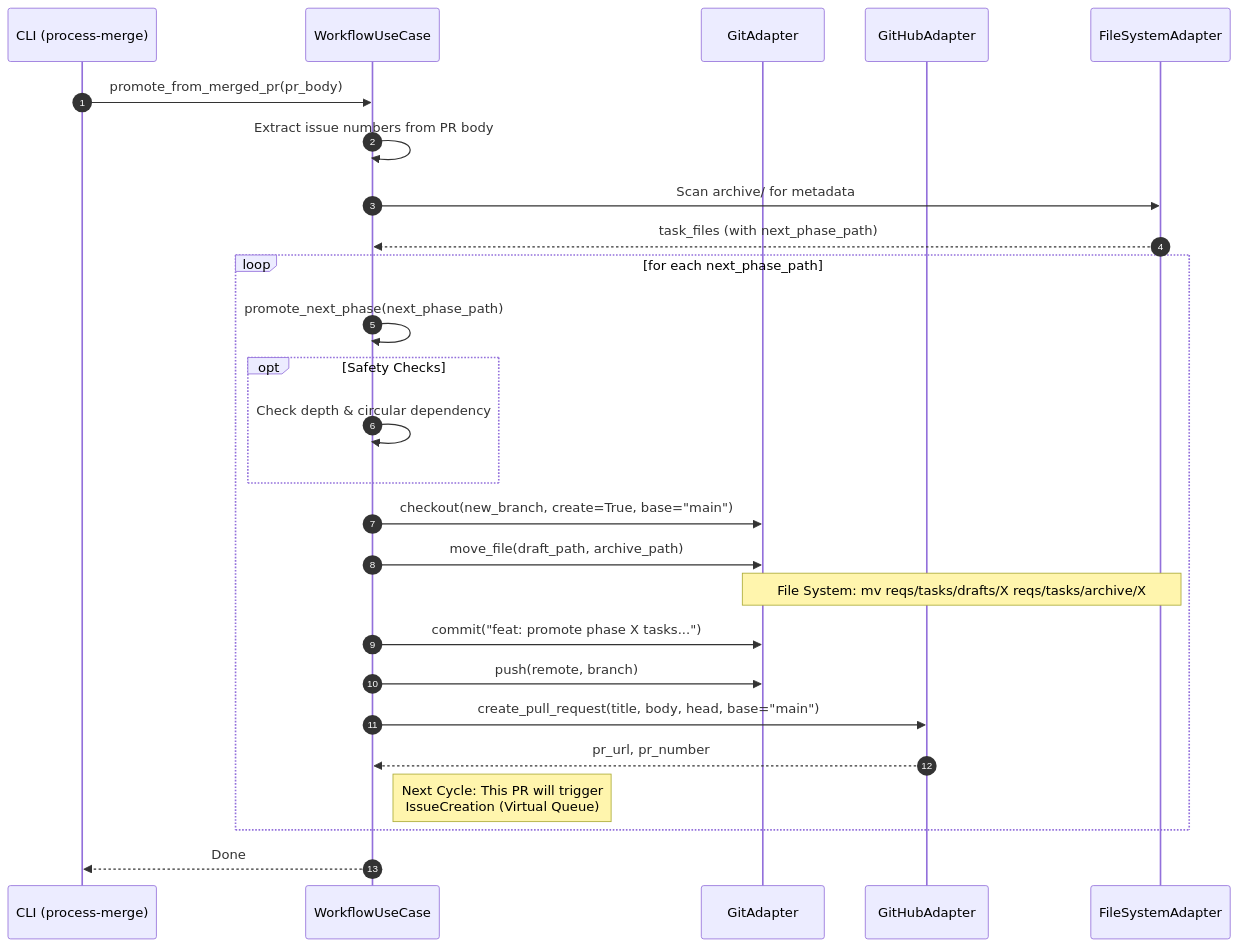
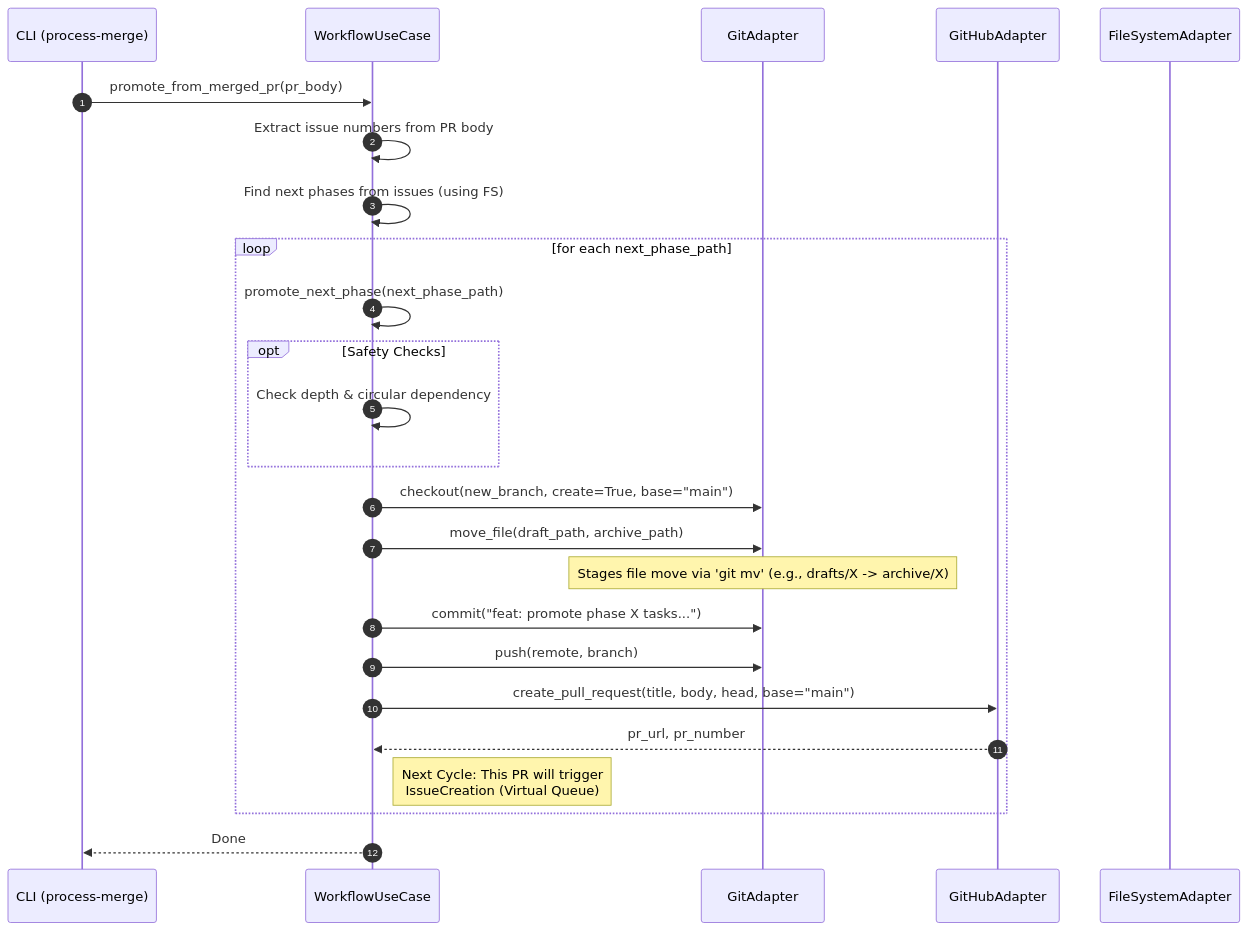
The diagram in docs/architecture/arch-behavior-003-autopr.md (masa-codehub/issue_creator_kit), drawn with Mermaid before and after one commit. The commit also changed other lines of this file, not shown here.

Commit message:
docs(arch): レビュー指摘に基づきAuto-PRのシーケンス図と前提条件を修正

````diff
--- a/docs/architecture/arch-behavior-003-autopr.md
+++ b/docs/architecture/arch-behavior-003-autopr.md
@@ -24,37 +24,36 @@
 ```mermaid
 sequenceDiagram
     autonumber
     participant CLI as CLI (process-merge)
     participant UC as WorkflowUseCase
     participant GIT as GitAdapter
     participant GH as GitHubAdapter
     participant FS as FileSystemAdapter
 
     CLI->>UC: promote_from_merged_pr(pr_body)
     UC->>UC: Extract issue numbers from PR body
-    UC->>FS: Scan archive/ for metadata
-    FS-->>UC: task_files (with next_phase_path)
-
+    UC->>UC: Find next phases from issues (using FS)
+    
     loop for each next_phase_path
         UC->>UC: promote_next_phase(next_phase_path)
         
         opt Safety Checks
             UC->>UC: Check depth & circular dependency
         end
 
         UC->>GIT: checkout(new_branch, create=True, base="main")
         
         UC->>GIT: move_file(draft_path, archive_path)
-        note over GIT, FS: File System: mv reqs/tasks/drafts/X reqs/tasks/archive/X
+        note over GIT: Stages file move via 'git mv' (e.g., drafts/X -> archive/X)
         
         UC->>GIT: commit("feat: promote phase X tasks...")
         UC->>GIT: push(remote, branch)
         
         UC->>GH: create_pull_request(title, body, head, base="main")
         GH-->>UC: pr_url, pr_number
         
         note right of UC: Next Cycle: This PR will trigger<br/>IssueCreation (Virtual Queue)
     end
     
     UC-->>CLI: Done
 ```
````
